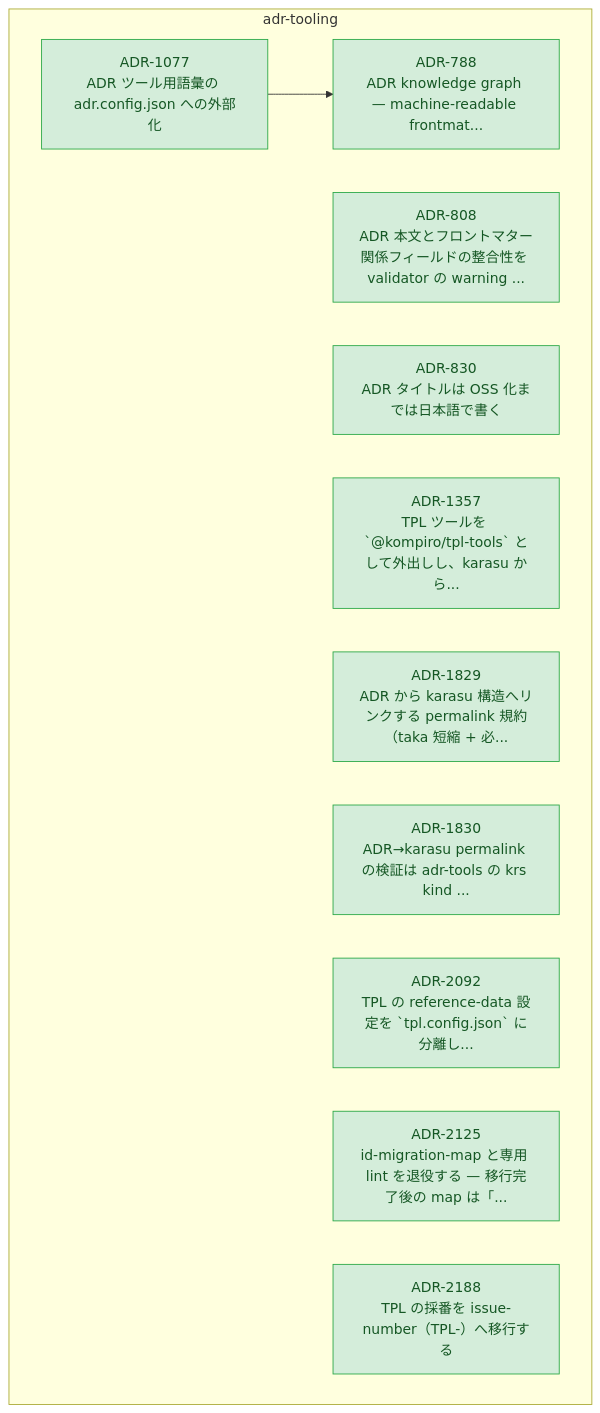
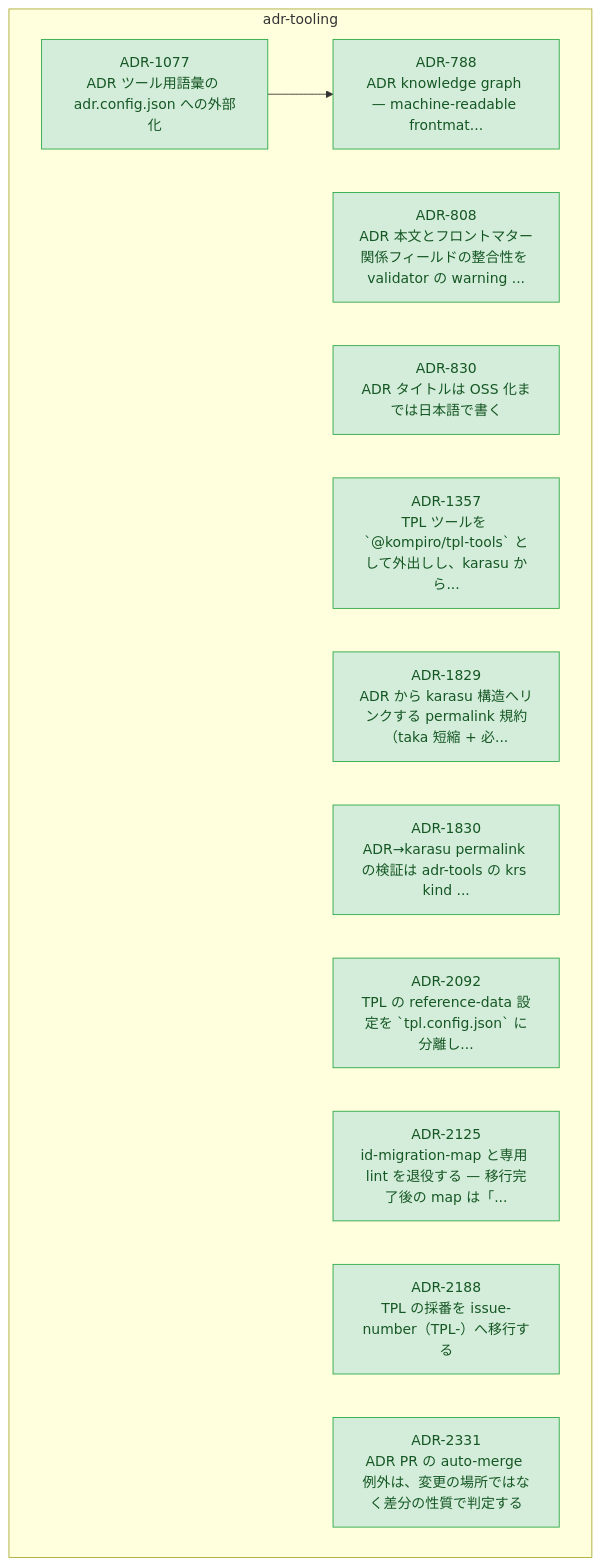
Before and after one commit to kompiro/karasu: the diagram in docs/adr/graph/adr-tooling.md, drawn with Mermaid. The commit also changed other lines of this file and 3 other files, not shown here.

First line of the commit message:
docs(adr): record the auto-merge scoping decision as ADR-2331

````diff
--- a/docs/adr/graph/adr-tooling.md
+++ b/docs/adr/graph/adr-tooling.md
@@ -6,33 +6,35 @@
 ```mermaid
 flowchart TD
   subgraph adr-tooling["adr-tooling"]
     ADR_788["ADR-788<br/>ADR knowledge graph — machine-readable frontmat..."]
     ADR_808["ADR-808<br/>ADR 本文とフロントマター関係フィールドの整合性を validator の warning ..."]
     ADR_830["ADR-830<br/>ADR タイトルは OSS 化までは日本語で書く"]
     ADR_1077["ADR-1077<br/>ADR ツール用語彙の adr.config.json への外部化"]
     ADR_1357["ADR-1357<br/>TPL ツールを `@kompiro/tpl-tools` として外出しし、karasu から..."]
     ADR_1829["ADR-1829<br/>ADR から karasu 構造へリンクする permalink 規約（taka 短縮 + 必..."]
     ADR_1830["ADR-1830<br/>ADR→karasu permalink の検証は adr-tools の krs kind ..."]
     ADR_2092["ADR-2092<br/>TPL の reference-data 設定を `tpl.config.json` に分離し..."]
     ADR_2125["ADR-2125<br/>id-migration-map と専用 lint を退役する — 移行完了後の map は「..."]
     ADR_2188["ADR-2188<br/>TPL の採番を issue-number（TPL-<n>）へ移行する"]
+    ADR_2331["ADR-2331<br/>ADR PR の auto-merge 例外は、変更の場所ではなく差分の性質で判定する"]
   end
   ADR_1077 --> ADR_788
 
   classDef accepted fill:#d4edda,stroke:#28a745,color:#155724
   classDef proposed fill:#fff3cd,stroke:#ffc107,color:#856404
   classDef deprecated fill:#f8d7da,stroke:#dc3545,color:#721c24
   classDef superseded fill:#e2e3e5,stroke:#6c757d,color:#383d41
   classDef not_adopted fill:#e2e3e5,stroke:#6c757d,color:#383d41,stroke-dasharray:3 3
   classDef ghost fill:#f5f5f5,stroke:#adb5bd,color:#6c757d,stroke-dasharray:2 2
   class ADR_788 accepted
   class ADR_808 accepted
   class ADR_830 accepted
   class ADR_1077 accepted
   class ADR_1357 accepted
   class ADR_1829 accepted
   class ADR_1830 accepted
   class ADR_2092 accepted
   class ADR_2125 accepted
   class ADR_2188 accepted
+  class ADR_2331 accepted
 ```
````
